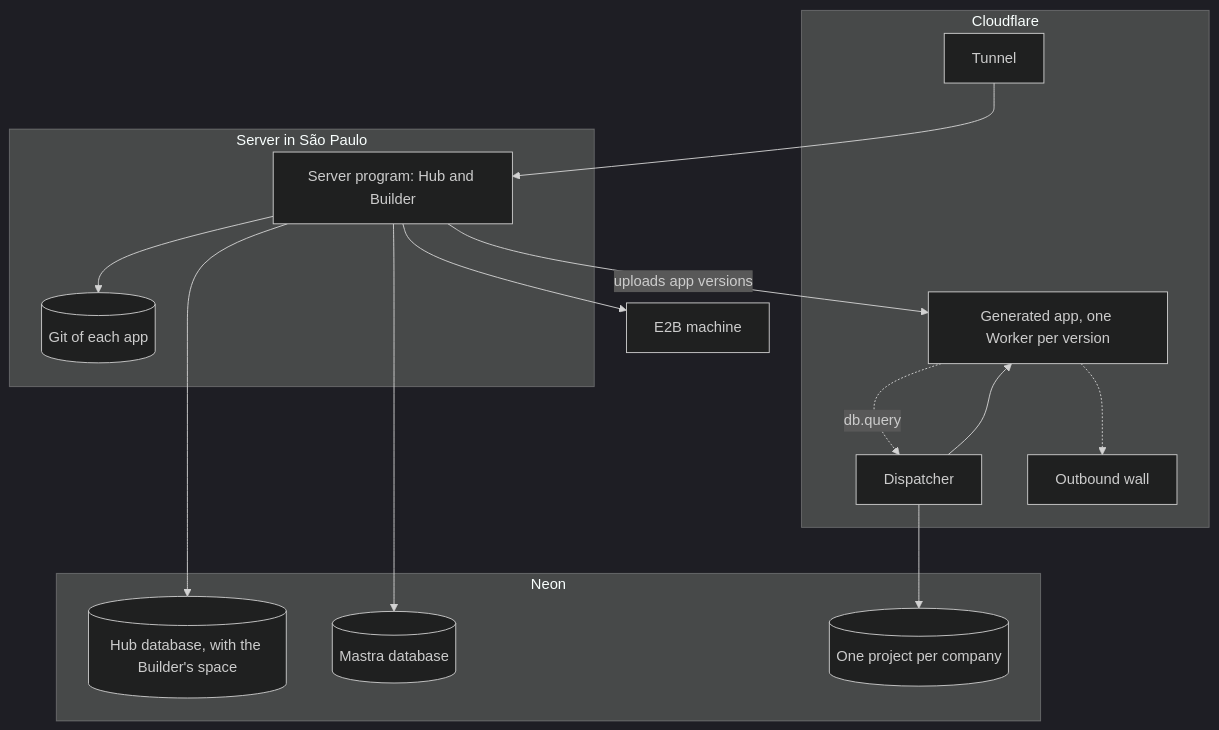
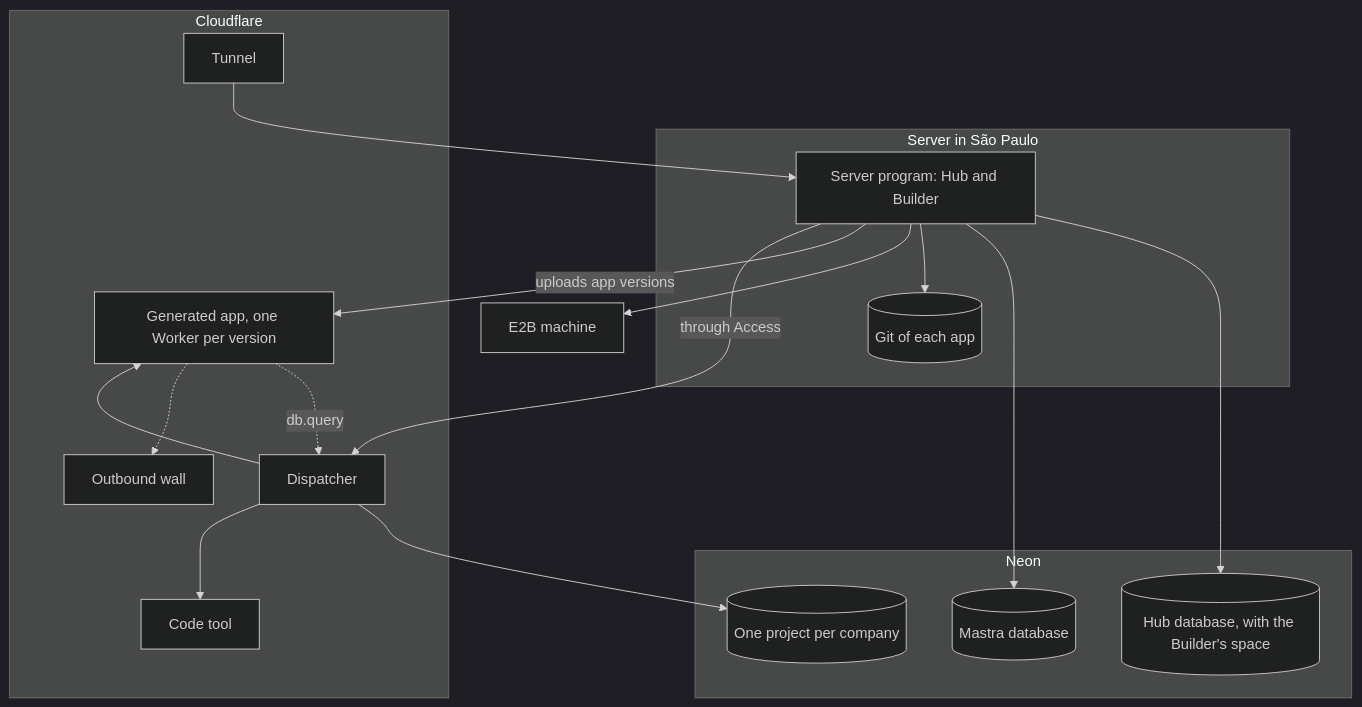
Before and after one commit to developmentconexus-ops/conexus: the second of 2 diagrams in docs/architecture.md, drawn with Mermaid (dark theme). The commit also changed other lines of this file and 4 other files, not shown here.

````diff
--- a/docs/architecture.md
+++ b/docs/architecture.md
@@ -67,29 +67,32 @@
 ```mermaid
 flowchart TB
   subgraph VPS[Server in São Paulo]
     S[Server program: Hub and Builder]
     G[(Git of each app)]
   end
   subgraph CF[Cloudflare]
     T[Tunnel]
     D[Dispatcher]
     O[Outbound wall]
     A[Generated app, one Worker per version]
+    C[Code tool]
   end
   subgraph NEON[Neon]
     HB[(Hub database, with the Builder's space)]
     MB[(Mastra database)]
     CB[(One project per company)]
   end
   E[E2B machine]
   T --> S
   D --> A
   A -.->|db.query| D
   D --> CB
   A -.-> O
+  D --> C
   S --> HB
   S --> MB
   S --> G
   S --> E
   S -->|uploads app versions| A
+  S -->|through Access| D
 ```
````
